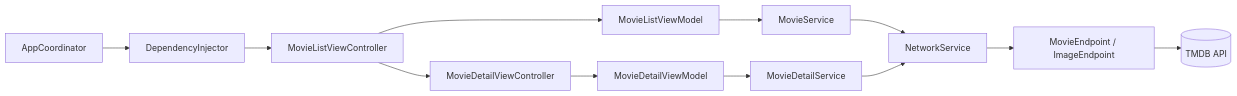
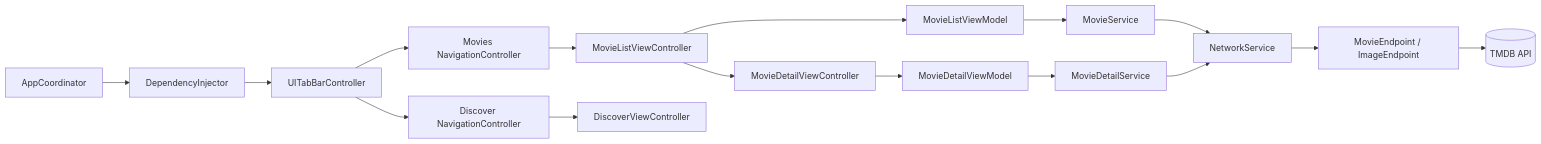
One commit to emrekr/TheMovieDB-MVVM changed the diagram in README.md. Above: the diagram before and after it, drawn with Mermaid. The commit also changed other lines of this file and 4 other files, not shown here.

````diff
--- a/README.md
+++ b/README.md
@@ -73,15 +74,20 @@
 ```mermaid
 flowchart LR
     A[AppCoordinator] --> B[DependencyInjector]
-    B --> C[MovieListViewController]
+    B --> T[UITabBarController]
+    T --> M[Movies NavigationController]
+    M --> C[MovieListViewController]
     C --> D[MovieListViewModel]
     D --> E[MovieService]
     E --> F[NetworkService]
     F --> G[MovieEndpoint / ImageEndpoint]
     G --> H[(TMDB API)]
 
+    T --> X[Discover NavigationController]
+    X --> Y[DiscoverViewController]
+
     C --> I[MovieDetailViewController]
     I --> J[MovieDetailViewModel]
     J --> K[MovieDetailService]
     K --> F
 ```
````
